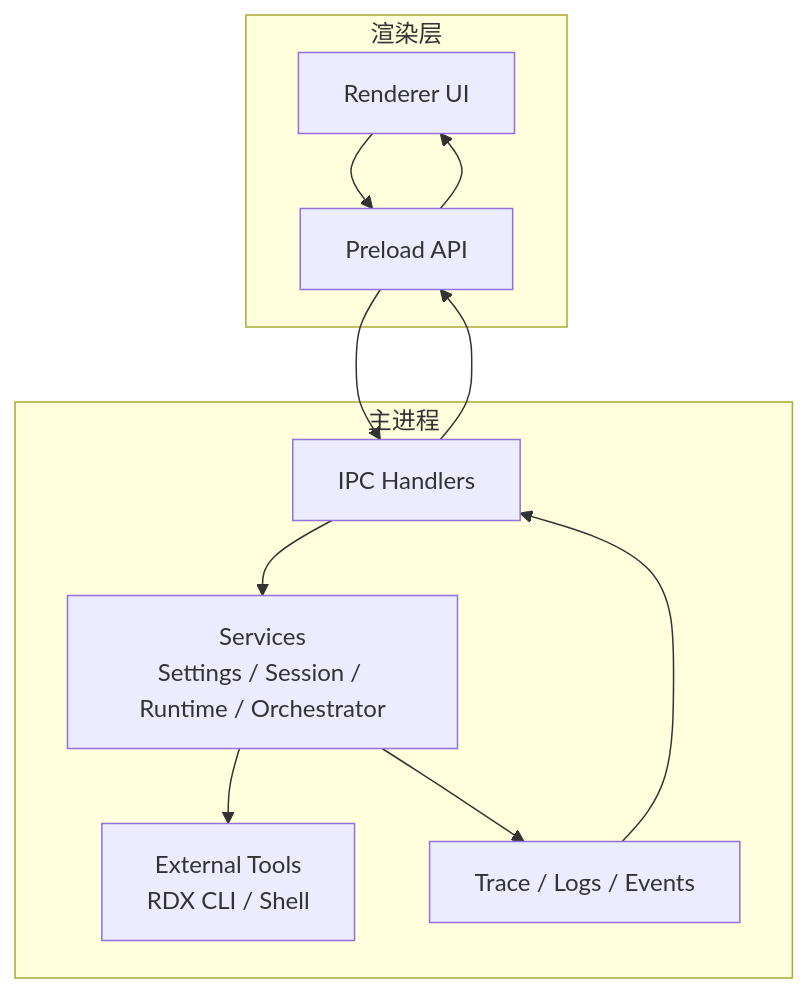
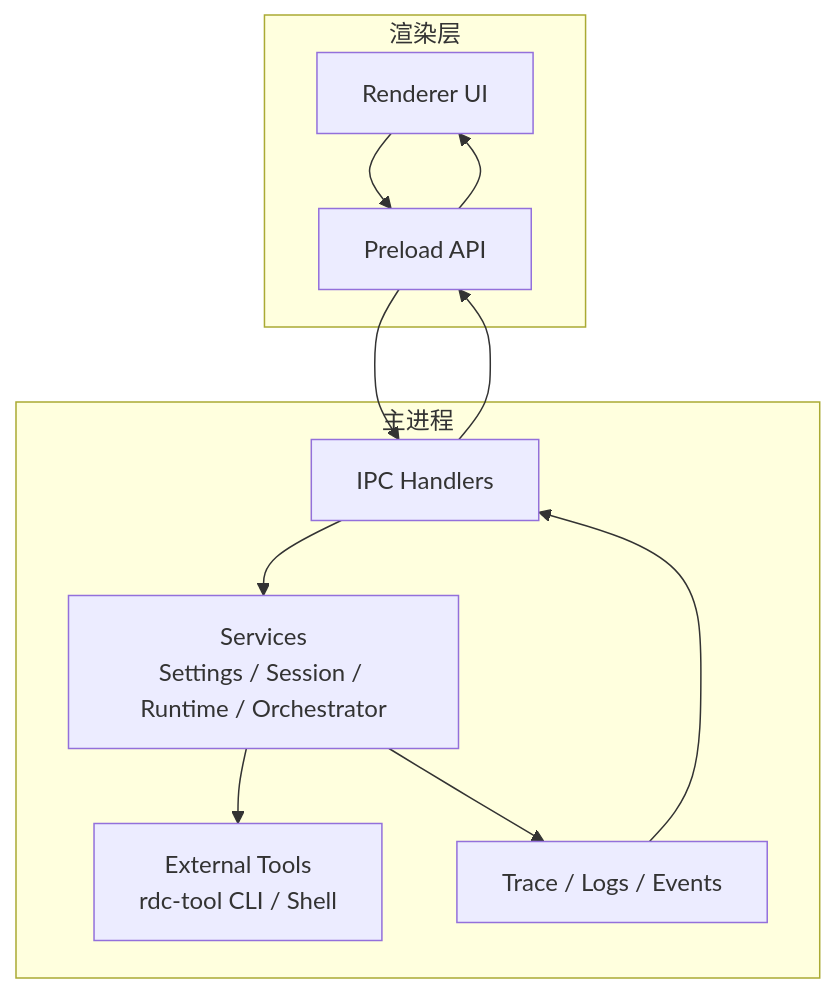
The first of 8 diagrams in .qoder/repowiki/zh/content/架构设计/架构设计.md (haolange/RDC-Agent), drawn with Mermaid before and after one commit. The commit also changed other lines of this file and 557 other files, not shown here.

First line of the commit message:
Unify RDC-Agent identity and canonical RDC-Tool integration

````diff
--- a/.qoder/repowiki/zh/content/架构设计/架构设计.md
+++ b/.qoder/repowiki/zh/content/架构设计/架构设计.md
@@ -47,16 +47,16 @@
 ```mermaid
 graph TB
 subgraph "渲染层"
 R["Renderer UI"]
 P["Preload API"]
 end
 subgraph "主进程"
 H["IPC Handlers"]
 Svc["Services<br/>Settings / Session / Runtime / Orchestrator"]
-Ext["External Tools<br/>RDX CLI / Shell"]
+Ext["External Tools<br/>rdc-tool CLI / Shell"]
 Obs["Trace / Logs / Events"]
 end
 R --> P --> H --> Svc --> Ext
 Svc --> Obs
 Obs --> H --> P --> R
 ```
````
